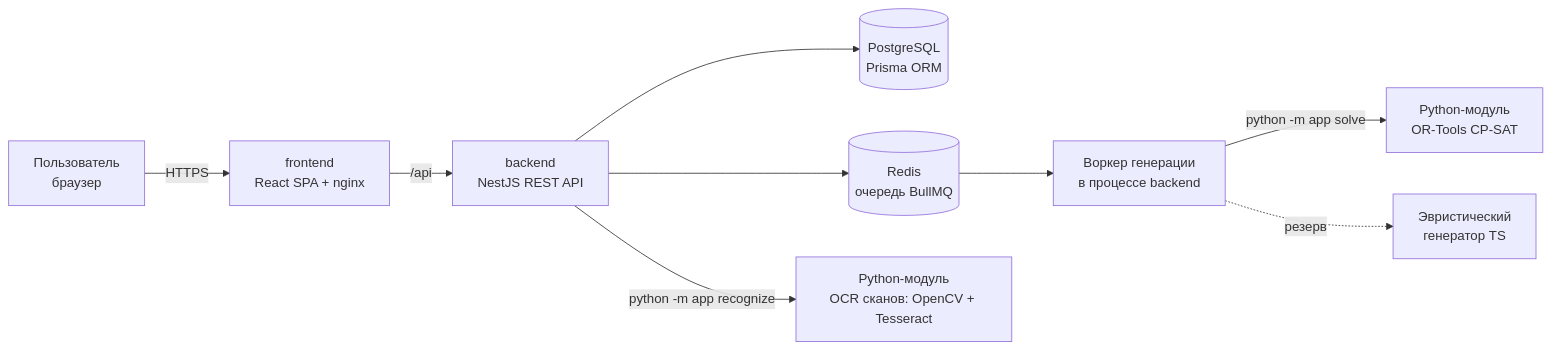
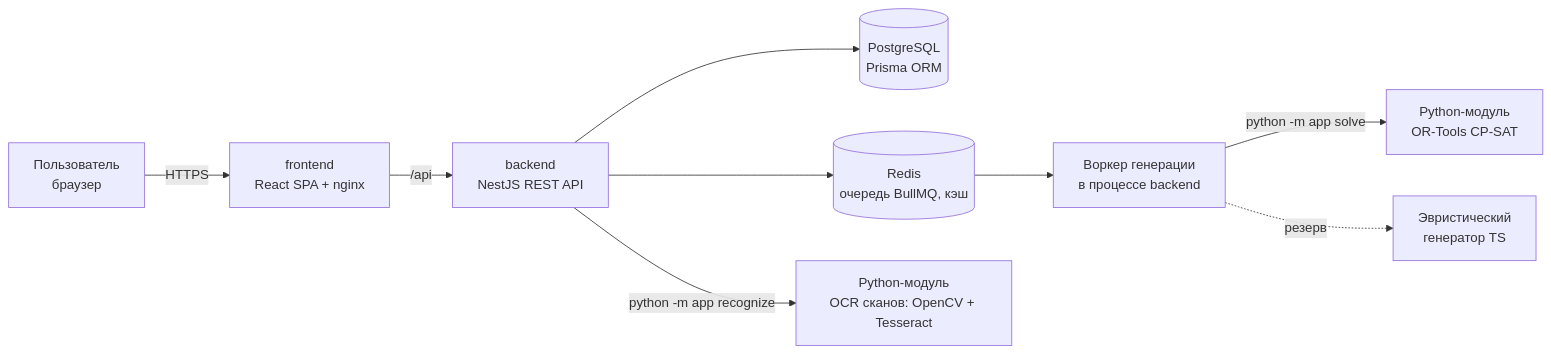
Before and after one commit to Aleck59/schedule_maker1: the first of 3 diagrams in docs/01-architecture.md, drawn with Mermaid. The commit also changed other lines of this file and 32 other files, not shown here.

First line of the commit message:
feat: кэш Redis для просмотра расписания и нагрузочный тест API

````diff
--- a/docs/01-architecture.md
+++ b/docs/01-architecture.md
@@ -5,11 +5,11 @@
 ```mermaid
 flowchart LR
   U[Пользователь<br/>браузер] -->|HTTPS| F[frontend<br/>React SPA + nginx]
   F -->|/api| B[backend<br/>NestJS REST API]
   B --> P[(PostgreSQL<br/>Prisma ORM)]
-  B --> R[(Redis<br/>очередь BullMQ)]
+  B --> R[(Redis<br/>очередь BullMQ, кэш)]
   R --> W[Воркер генерации<br/>в процессе backend]
   W -->|python -m app solve| S[Python-модуль<br/>OR-Tools CP-SAT]
   W -. резерв .-> H[Эвристический<br/>генератор TS]
   B -->|python -m app recognize| O[Python-модуль<br/>OCR сканов: OpenCV + Tesseract]
 ```
````
